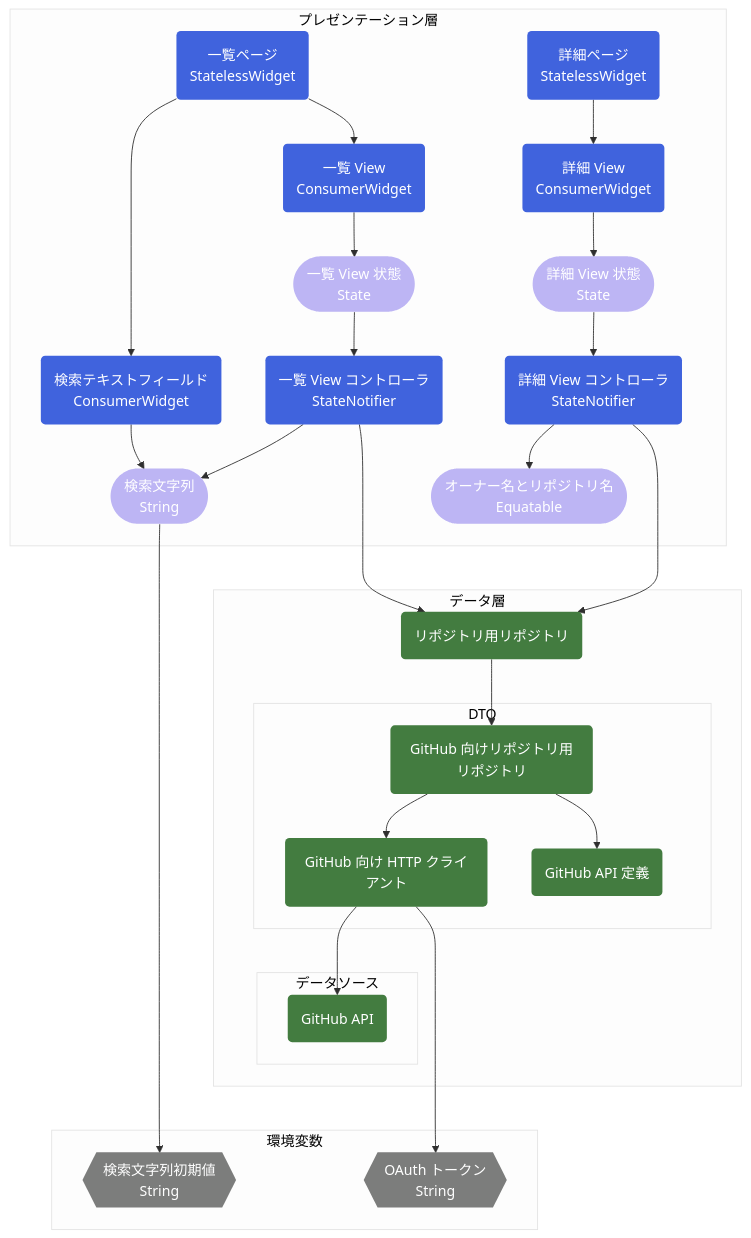
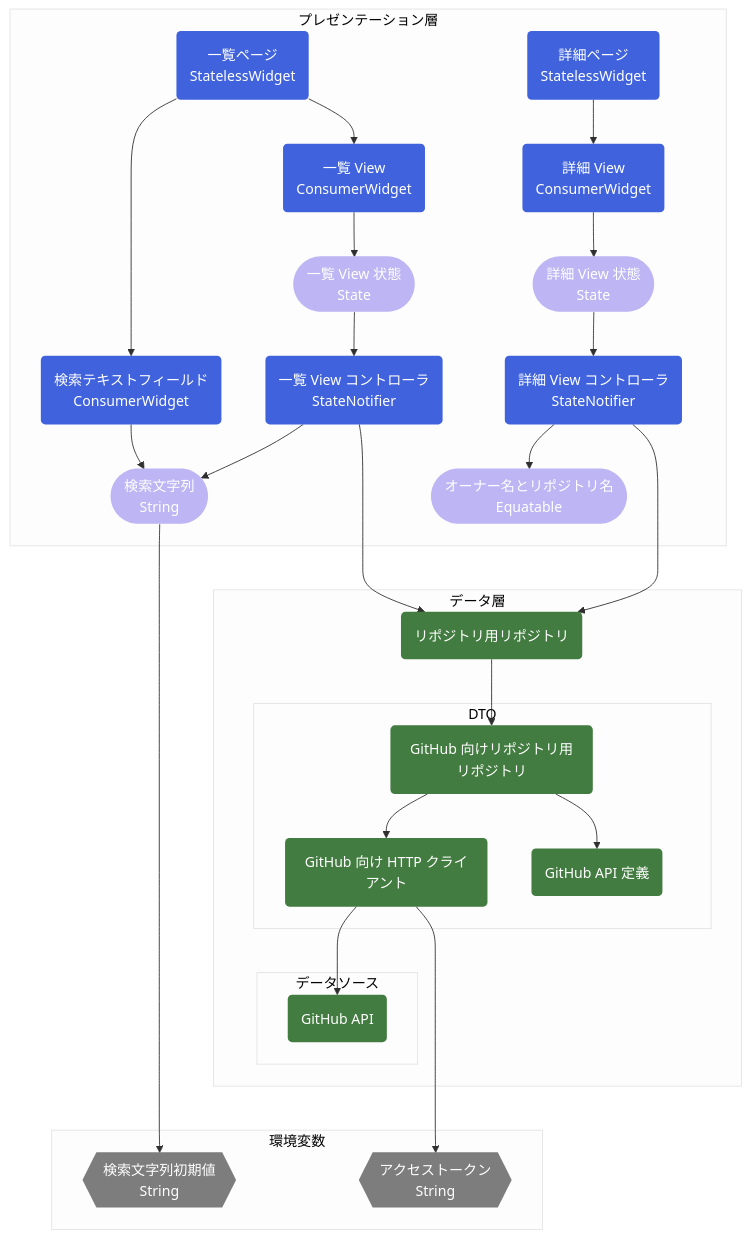
One commit to susatthi/github-search changed the first of 2 diagrams in README.md. Above: the diagram before and after it, drawn with Mermaid. The commit also changed other lines of this file and 6 other files, not shown here.

````diff
--- a/README.md
+++ b/README.md
@@ -52,43 +52,43 @@
 ```mermaid
 %%{init:{'theme':'base','themeVariables':{'primaryColor':'#f0f0f0','primaryTextColor':'#2f2f2f', 'lineColor':'#2f2f2f','textColor':'#2f2f2f','fontSize':'16px','nodeBorder':'0px'}}}%%
 graph TD
     subgraph プレゼンテーション層
     IndexPage(一覧ページ<br>StatelessWidget) --> SearchTextField(検索テキストフィールド<br>ConsumerWidget)
     IndexPage --> ListView(一覧 View<br>ConsumerWidget)
     SearchTextField --> SearchText([検索文字列<br>String])
     ListView --> ListViewState([一覧 View 状態<br>State])
     ListViewState --> ListViewController(一覧 View コントローラ<br>StateNotifier)
     ListViewController --> SearchText
     ViewPage(詳細ページ<br>StatelessWidget) --> DetailView(詳細 View<br>ConsumerWidget)
     DetailView --> DetailViewState([詳細 View 状態<br>State])
     DetailViewState --> DetailViewController(詳細 View コントローラ<br>StateNotifier)
     DetailViewController --> ViewParameter([オーナー名とリポジトリ名<br>Equatable])
     end
     subgraph データ層
     ListViewController --> RepoRepository(リポジトリ用リポジトリ)
     DetailViewController ---> RepoRepository
     RepoRepository --> GitHubRepoRepository(GitHub 向けリポジトリ用リポジトリ)
     subgraph DTO
     GitHubRepoRepository --> GitHubHttpClient(GitHub 向け HTTP クライアント)
     GitHubRepoRepository --> GitHubApiDef(GitHub API 定義)
     end
     subgraph データソース
     GitHubHttpClient --> GitHubApi(GitHub API)
     end
     end
     subgraph 環境変数
     SearchText --> EnvSearchText{{検索文字列初期値<br>String}}
-    GitHubHttpClient ---> EnvOAuthToken{{OAuth トークン<br>String}}
+    GitHubHttpClient ---> EnvAccessToken{{アクセストークン<br>String}}
     end
 
     classDef widget fill:#4063DD, color:#ffffff;
     classDef controller fill:#4063DD, color:#ffffff;
     classDef state fill:#BDB5F4, color:#ffffff;    
     classDef repository fill:#437C40, color:#ffffff;
     classDef env fill:#7c7d7c, color:#ffffff;
     class IndexPage,ViewPage,ListView,SearchTextField,DetailView widget;
     class ListViewController,DetailViewController controller;
     class SearchText,ListViewState,DetailViewState,ViewParameter state;
     class RepoRepository,GitHubRepoRepository,GitHubHttpClient,GitHubApiDef,GitHubApi repository;
-    class EnvSearchText,EnvOAuthToken env;
+    class EnvSearchText,EnvAccessToken env;
 ```
````
